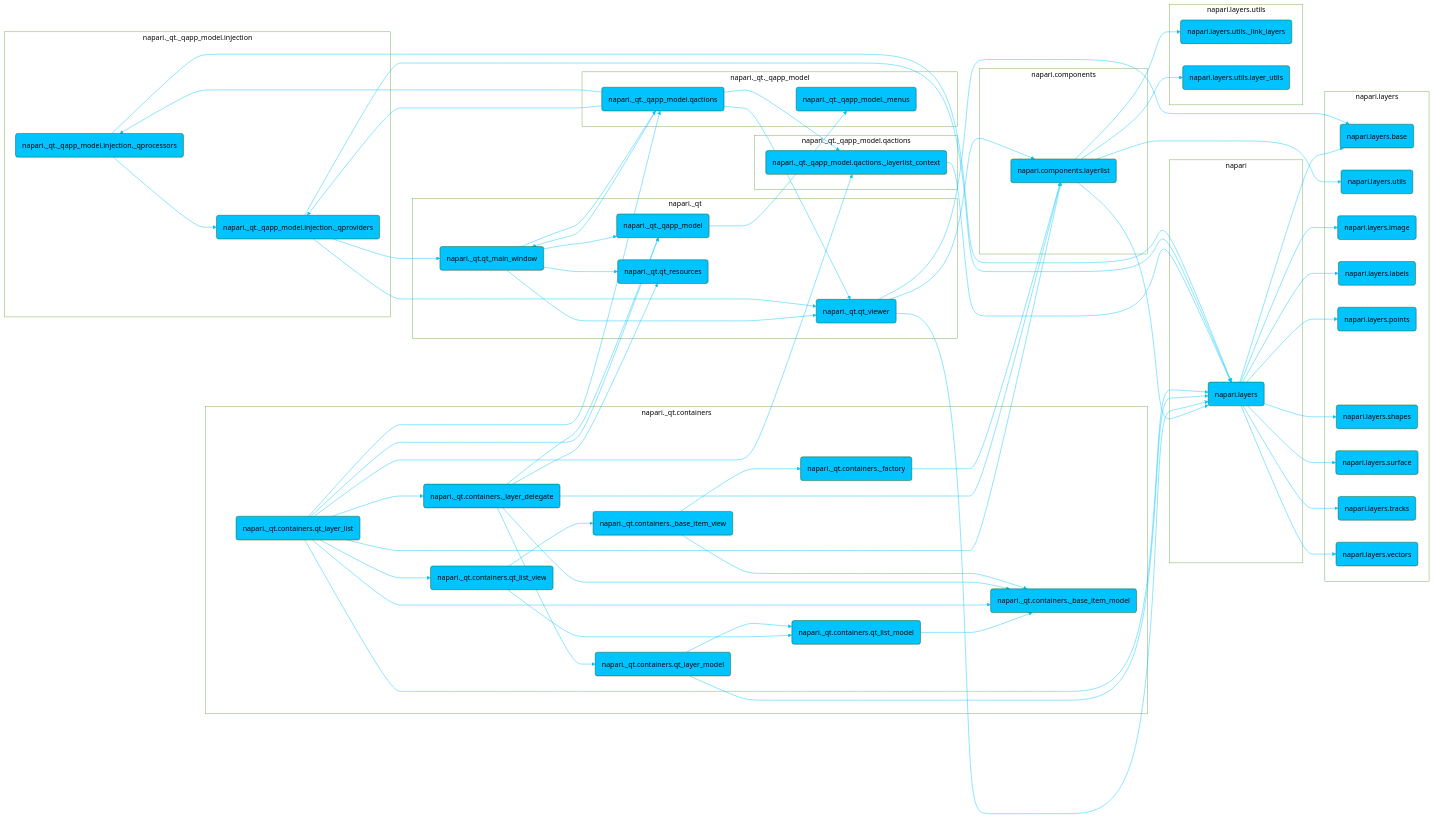
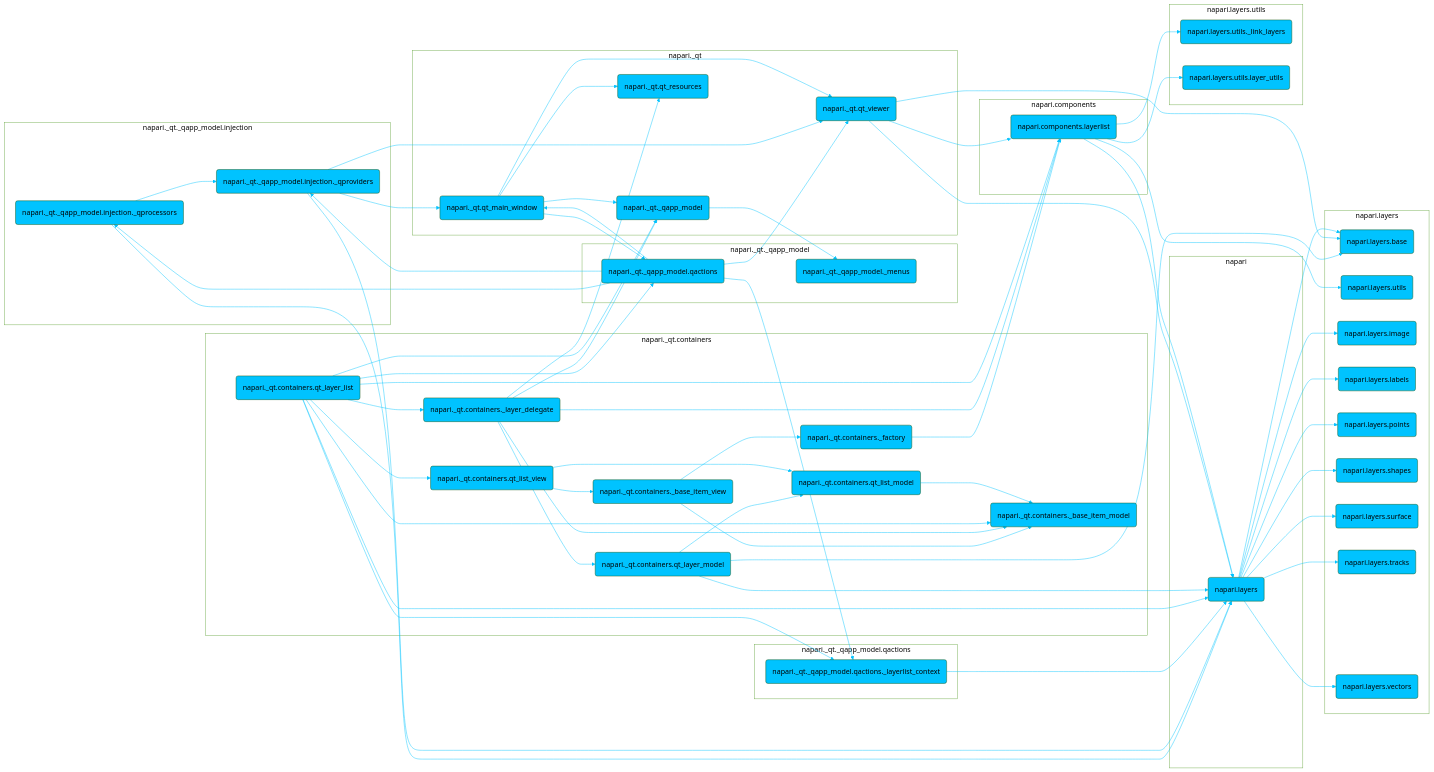
The diagram in dev/_sources/developers/architecture/ui_sections/layers_list_ui.md (napari/napari.github.io), drawn with Mermaid (forest theme) before and after one commit. The commit also changed 735 other files, not shown here.

```diff
--- a/dev/_sources/developers/architecture/ui_sections/layers_list_ui.md
+++ b/dev/_sources/developers/architecture/ui_sections/layers_list_ui.md
@@ -57,6 +57,7 @@
 	napari._qt.containers.qt_layer_model(napari._qt.containers.qt_layer_model)
 	napari._qt.containers.qt_layer_model --> napari._qt.containers.qt_list_model
 	napari._qt.containers.qt_layer_model --> napari.layers
+	napari._qt.containers.qt_layer_model --> napari.layers.base
 	click napari._qt.containers.qt_layer_model "https://github.com/napari/napari/tree/main/napari/_qt/containers/qt_layer_model.py" _blank
 	napari._qt.containers.qt_list_model(napari._qt.containers.qt_list_model)
 	napari._qt.containers.qt_list_model --> napari._qt.containers._base_item_model
```
